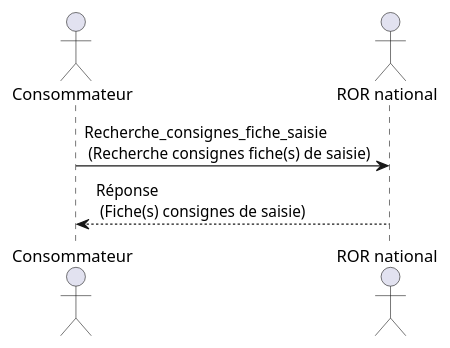
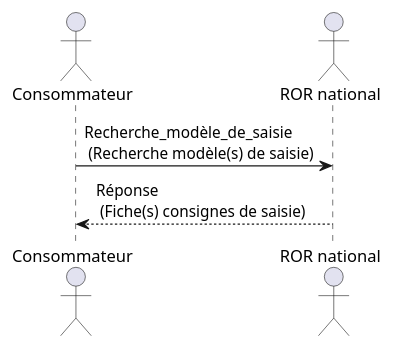
Before and after one commit to ansforge/IG-fhir-repertoire-offre-ressources-sante: the diagram in input/images-source/recherche_consignes_fiche_saisie.plantuml, drawn with PlantUML. The commit also changed 2 other files, not shown here.

```diff
--- a/input/images-source/recherche_consignes_fiche_saisie.plantuml
+++ b/input/images-source/recherche_consignes_fiche_saisie.plantuml
@@ -1,6 +1,6 @@
 @startuml recherche_consignes_fiche_saisie
 actor "Consommateur" as C
 actor "ROR national" as ROR
-C -> ROR : Recherche_consignes_fiche_saisie \n (Recherche consignes fiche(s) de saisie)
+C -> ROR : Recherche_modèle_de_saisie \n (Recherche modèle(s) de saisie)
 ROR --> C : Réponse \n (Fiche(s) consignes de saisie)
 @enduml
```
